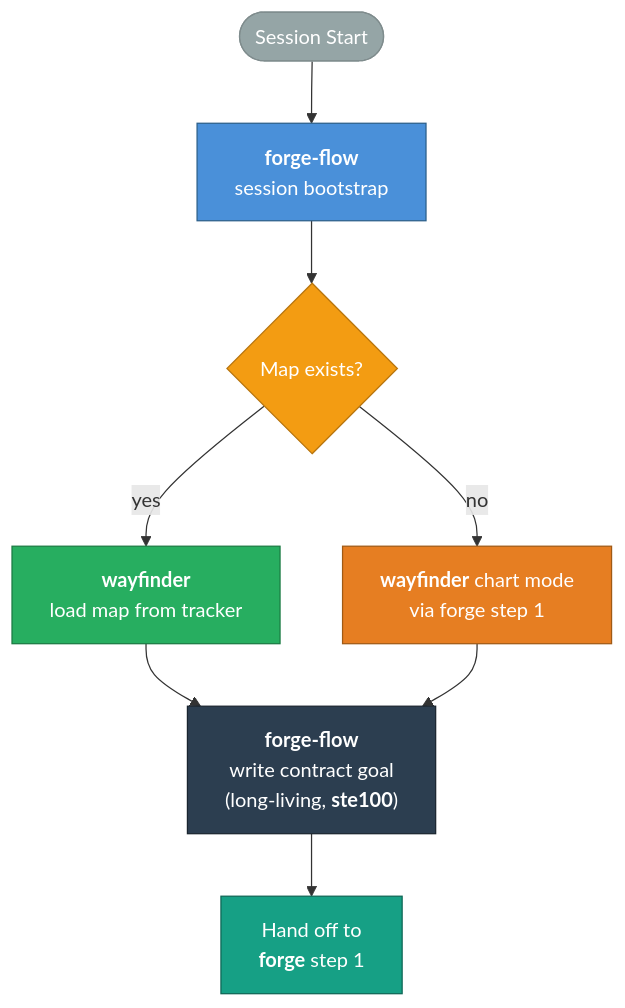
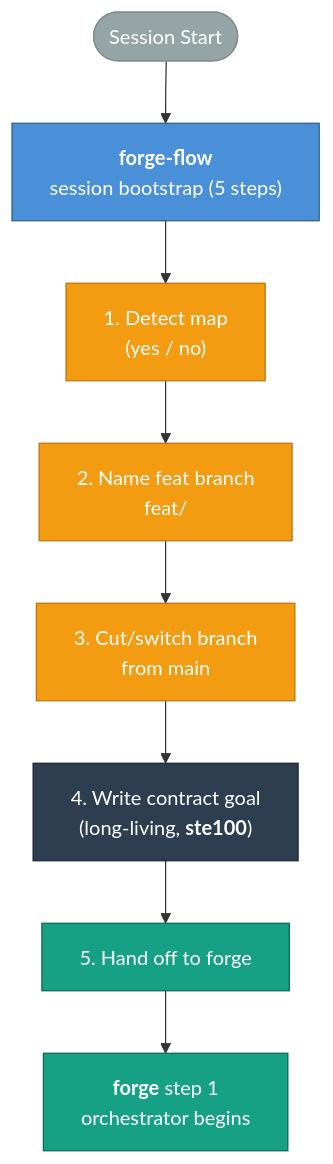
One commit to weselben/RooForge changed the first of 5 diagrams in README.md. Above: the diagram before and after it, drawn with Mermaid. The commit also changed other lines of this file, not shown here.

Commit message:
docs(readme): align session start diagram with forge-flow 5 steps + forge handoff

````diff
--- a/README.md
+++ b/README.md
@@ -76,18 +76,19 @@
 ```mermaid
 flowchart TD
-    Start([Session Start]) --> Flow["<b>forge-flow</b><br/>session bootstrap"]
-    Flow --> Detect{"Map exists?"}
-    Detect -->|"yes"| LoadMap["<b>wayfinder</b><br/>load map from tracker"]
-    Detect -->|"no"| ChartMap["<b>wayfinder</b> chart mode<br/>via forge step 1"]
-    LoadMap --> Goal["<b>forge-flow</b><br/>write contract goal<br/>(long-living, <b>ste100</b>)"]
-    ChartMap --> Goal
-    Goal --> Handoff["Hand off to<br/><b>forge</b> step 1"]
+    Start([Session Start]) --> FF["<b>forge-flow</b><br/>session bootstrap (5 steps)"]
+    FF --> FF1["1. Detect map<br/>(yes / no)"]
+    FF1 --> FF2["2. Name feat branch<br/>feat/<slug>"]
+    FF2 --> FF3["3. Cut/switch branch<br/>from main"]
+    FF3 --> FF4["4. Write contract goal<br/>(long-living, <b>ste100</b>)"]
+    FF4 --> FF5["5. Hand off to forge"]
+    FF5 --> Forge["<b>forge</b> step 1<br/>orchestrator begins"]
     
     style Start fill:#95A5A6,color:#fff,stroke:#7F8C8D
-    style Flow fill:#4A90D9,color:#fff,stroke:#2C5F8A
-    style Detect fill:#F39C12,color:#fff,stroke:#B8750E
-    style LoadMap fill:#27AE60,color:#fff,stroke:#1A7A42
-    style ChartMap fill:#E67E22,color:#fff,stroke:#A05A15
-    style Goal fill:#2C3E50,color:#fff,stroke:#1A252F
-    style Handoff fill:#16A085,color:#fff,stroke:#0E6655
+    style FF fill:#4A90D9,color:#fff,stroke:#2C5F8A
+    style FF1 fill:#F39C12,color:#fff,stroke:#B8750E
+    style FF2 fill:#F39C12,color:#fff,stroke:#B8750E
+    style FF3 fill:#F39C12,color:#fff,stroke:#B8750E
+    style FF4 fill:#2C3E50,color:#fff,stroke:#1A252F
+    style FF5 fill:#16A085,color:#fff,stroke:#0E6655
+    style Forge fill:#16A085,color:#fff,stroke:#0E6655
 ```
````
